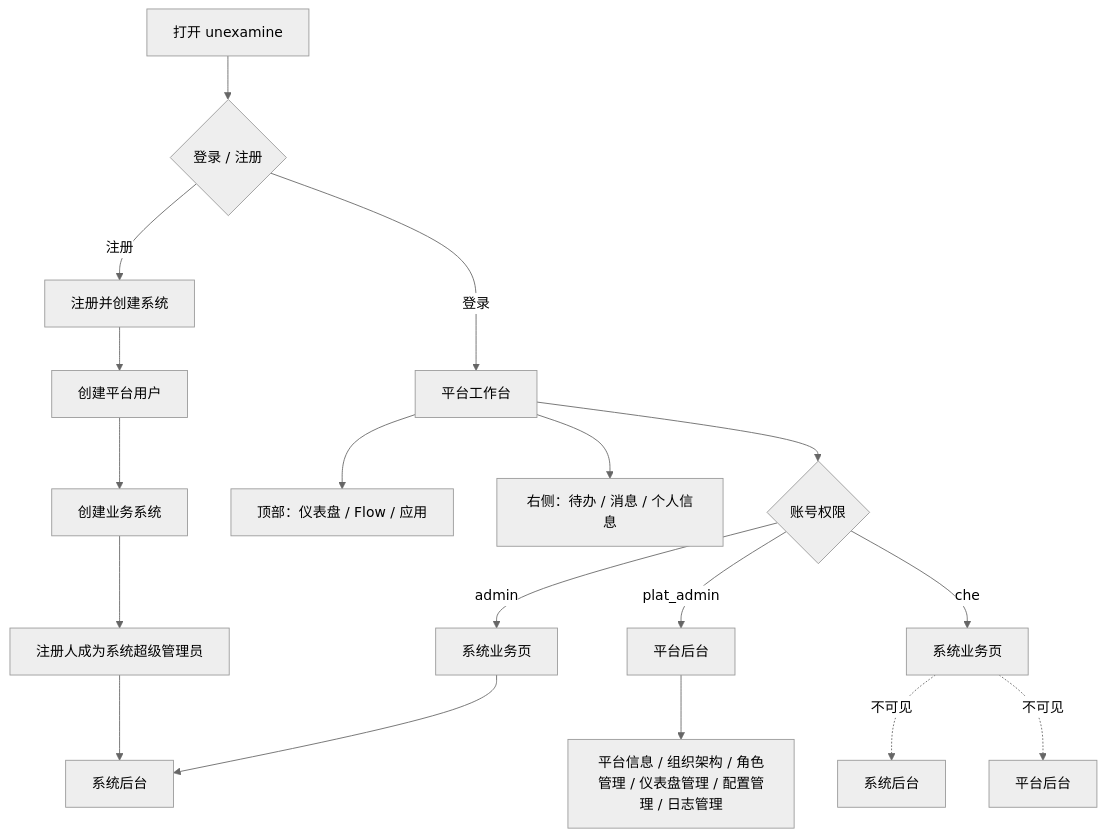
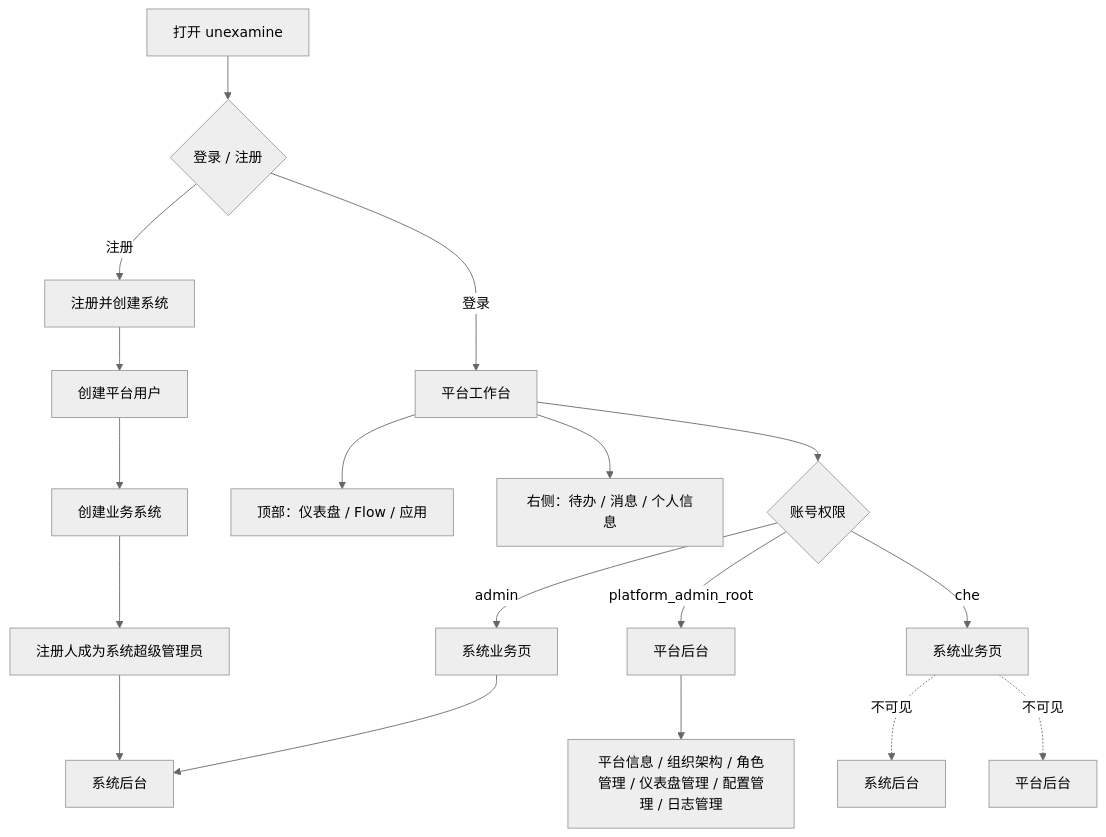
The first of 6 diagrams in docs/product-ns-map.md (ceshi20160607/examine2), drawn with Mermaid (neutral theme) before and after one commit. The commit also changed other lines of this file and 19 other files, not shown here.

````diff
--- a/docs/product-ns-map.md
+++ b/docs/product-ns-map.md
@@ -8,22 +8,22 @@
 ```mermaid
 flowchart TD
     A["打开 unexamine"] --> B{"登录 / 注册"}
     B -->|注册| C["注册并创建系统"]
     C --> C1["创建平台用户"]
     C1 --> C2["创建业务系统"]
     C2 --> C3["注册人成为系统超级管理员"]
     C3 --> S_ADMIN["系统后台"]
 
     B -->|登录| D["平台工作台"]
     D --> D1["顶部：仪表盘 / Flow / 应用"]
     D --> D2["右侧：待办 / 消息 / 个人信息"]
     D --> E{"账号权限"}
 
-    E -->|plat_admin| P_ADMIN["平台后台"]
+    E -->|platform_admin_root| P_ADMIN["平台后台"]
     P_ADMIN --> P_NAV["平台信息 / 组织架构 / 角色管理 / 仪表盘管理 / 配置管理 / 日志管理"]
     E -->|admin| S_RUNTIME_ADMIN["系统业务页"]
     S_RUNTIME_ADMIN --> S_ADMIN
     E -->|che| S_RUNTIME_CHE["系统业务页"]
     S_RUNTIME_CHE -. "不可见" .-> NO_SYS_ADMIN["系统后台"]
     S_RUNTIME_CHE -. "不可见" .-> NO_PLAT_ADMIN["平台后台"]
 ```
````
